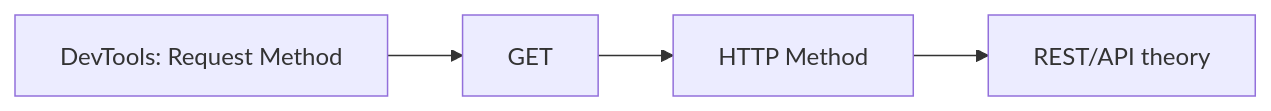
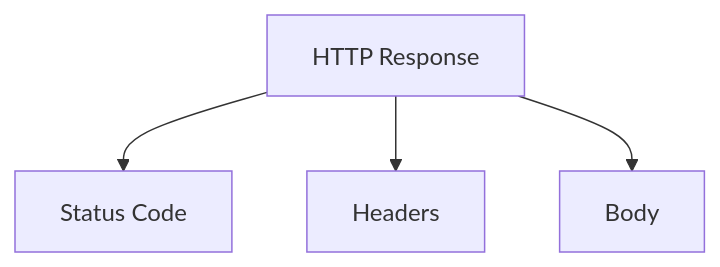
One commit to reltronersk/skill-wanderer-progress-documentation changed the third of 8 diagrams in module-0-1/README.md. Above: the diagram before and after it, drawn with Mermaid. The commit also changed other lines of this file, not shown here.

````diff
--- a/module-0-1/README.md
+++ b/module-0-1/README.md
@@ -379,6 +123,8 @@
-```mermaid
-flowchart LR
-    A["DevTools: Request Method"] --> B["GET"]
-    B --> C["HTTP Method"]
-    C --> D["REST/API theory"]
+``` mermaid
+flowchart TB
+    A["HTTP Response"]
+
+    A --> B["Status Code"]
+    A --> C["Headers"]
+    A --> D["Body"]
 ```
````
